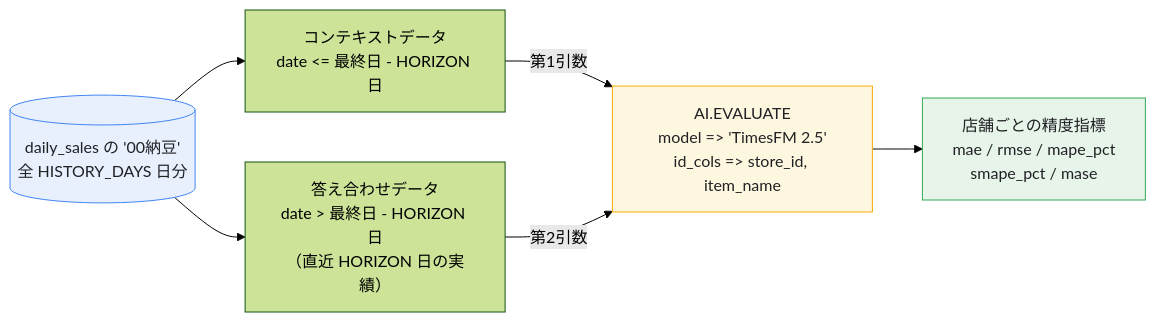
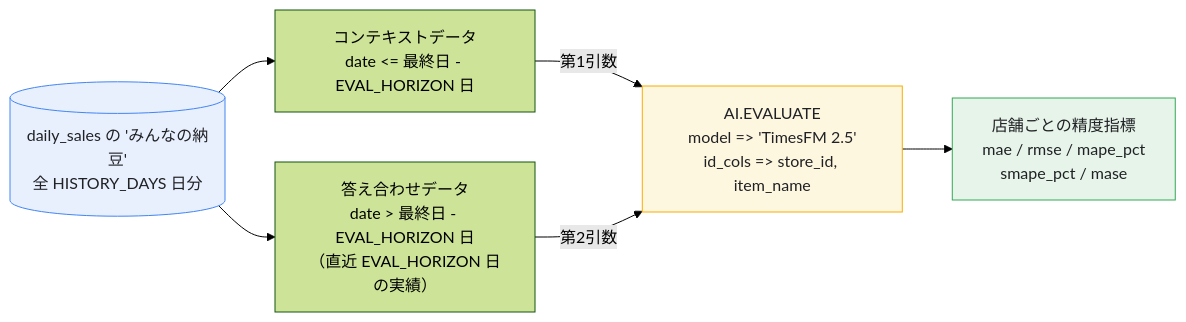
One commit to shin5ok/bq-forecast-timesfm changed the fourth of 6 diagrams in README.md. Above: the diagram before and after it, drawn with Mermaid (forest theme). The commit also changed other lines of this file and 8 other files, not shown here.

First line of the commit message:
Rename 00納豆 to みんなの納豆 and decouple backtest window from HORIZON

````diff
--- a/README.md
+++ b/README.md
@@ -433,20 +442,20 @@
 ```mermaid
 flowchart LR
-    ALL[("daily_sales の '00納豆'<br/>全 HISTORY_DAYS 日分")]
+    ALL[("daily_sales の 'みんなの納豆'<br/>全 HISTORY_DAYS 日分")]
 
-    ALL --> CTX["コンテキストデータ<br/>date &lt;= 最終日 - HORIZON 日"]
-    ALL --> HOLD["答え合わせデータ<br/>date &gt; 最終日 - HORIZON 日<br/>（直近 HORIZON 日の実績）"]
+    ALL --> CTX["コンテキストデータ<br/>date &lt;= 最終日 - EVAL_HORIZON 日"]
+    ALL --> HOLD["答え合わせデータ<br/>date &gt; 最終日 - EVAL_HORIZON 日<br/>（直近 EVAL_HORIZON 日の実績）"]
 
     CTX -->|"第1引数"| EV
     HOLD -->|"第2引数"| EV
 
     EV["AI.EVALUATE<br/>model => 'TimesFM 2.5'<br/>id_cols => store_id, item_name"]
     EV --> M["店舗ごとの精度指標<br/>mae / rmse / mape_pct<br/>smape_pct / mase"]
 
     classDef table fill:#e8f0fe,stroke:#4285f4,color:#202124
     classDef ai fill:#fef7e0,stroke:#f9ab00,color:#202124
     classDef out fill:#e6f4ea,stroke:#34a853,color:#202124
     class ALL table
     class EV ai
     class M out
 ```
````
